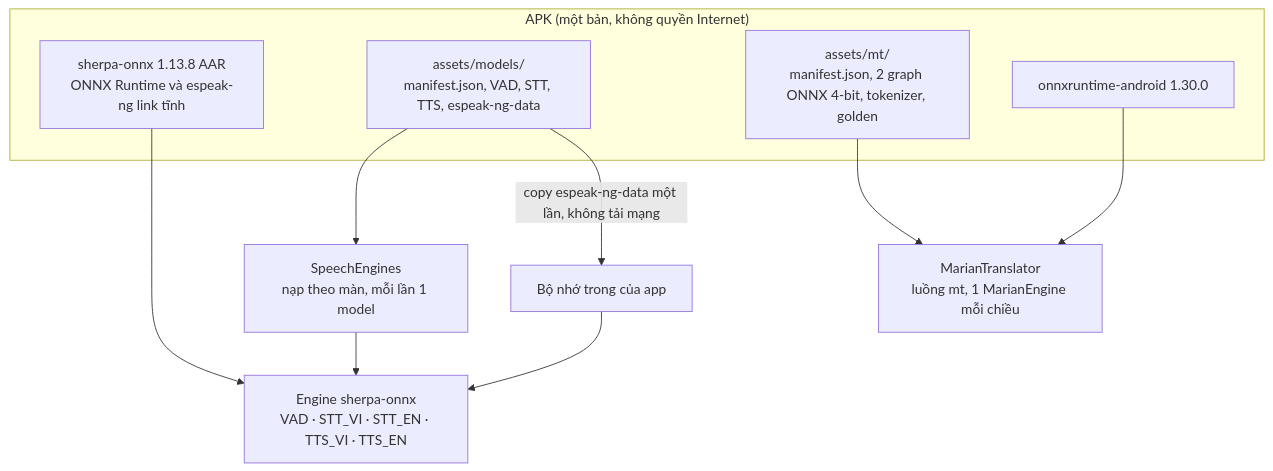
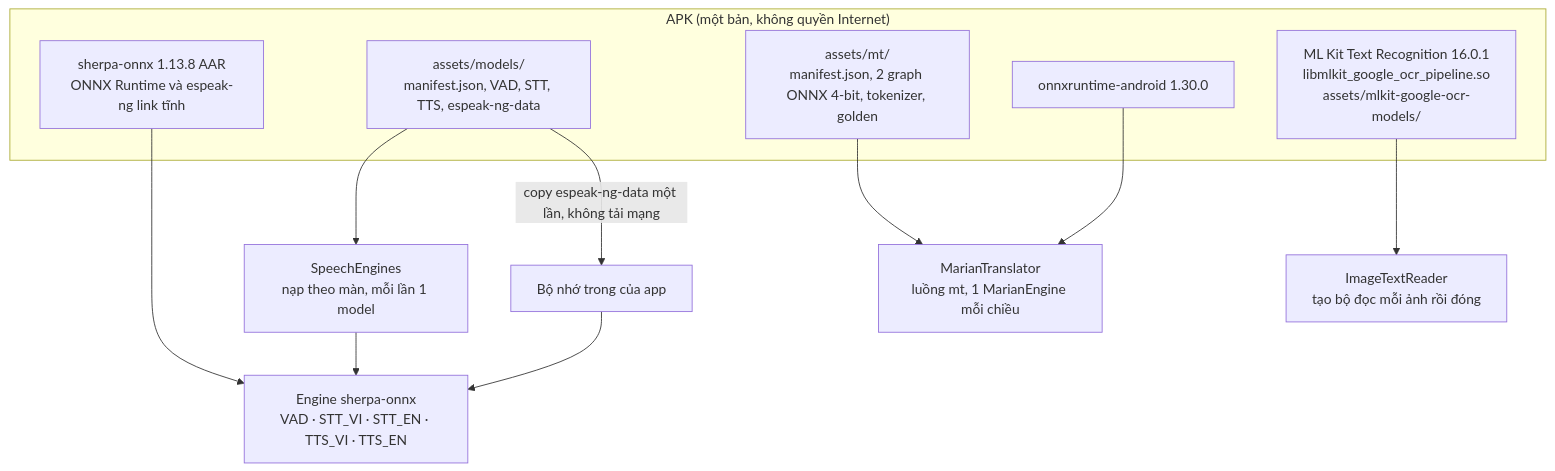
One commit to PTDat203/VietTechTrans changed the second of 2 diagrams in AppProduct/docs/architecture.md. Above: the diagram before and after it, drawn with Mermaid. The commit also changed other lines of this file and 71 other files, not shown here.

````diff
--- a/AppProduct/docs/architecture.md
+++ b/AppProduct/docs/architecture.md
@@ -49,16 +53,18 @@
 ```mermaid
 flowchart TB
   subgraph APK["APK (một bản, không quyền Internet)"]
     AAR["sherpa-onnx 1.13.8 AAR<br/>ONNX Runtime và espeak-ng link tĩnh"]
     MODELS["assets/models/<br/>manifest.json, VAD, STT, TTS, espeak-ng-data"]
     MTPKG["assets/mt/<br/>manifest.json, 2 graph ONNX 4-bit, tokenizer, golden"]
     ORT["onnxruntime-android 1.30.0"]
+    OCRM["ML Kit Text Recognition 16.0.1<br/>libmlkit_google_ocr_pipeline.so<br/>assets/mlkit-google-ocr-models/"]
   end
+  OCRM --> OCRR["ImageTextReader<br/>tạo bộ đọc mỗi ảnh rồi đóng"]
   MODELS --> MM["SpeechEngines<br/>nạp theo màn, mỗi lần 1 model"]
   AAR --> ENG["Engine sherpa-onnx<br/>VAD · STT_VI · STT_EN · TTS_VI · TTS_EN"]
   MM --> ENG
   MODELS -->|copy espeak-ng-data một lần, không tải mạng| FS["Bộ nhớ trong của app"]
   FS --> ENG
   MTPKG --> CMT["MarianTranslator<br/>luồng mt, 1 MarianEngine mỗi chiều"]
   ORT --> CMT
 ```
````
